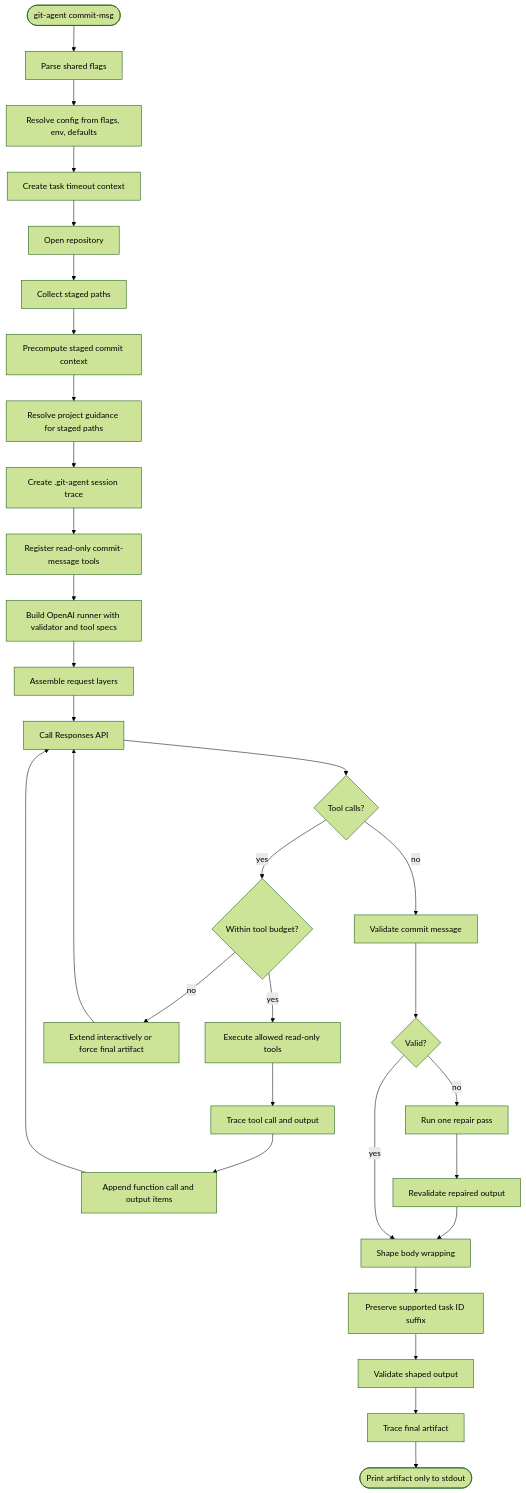
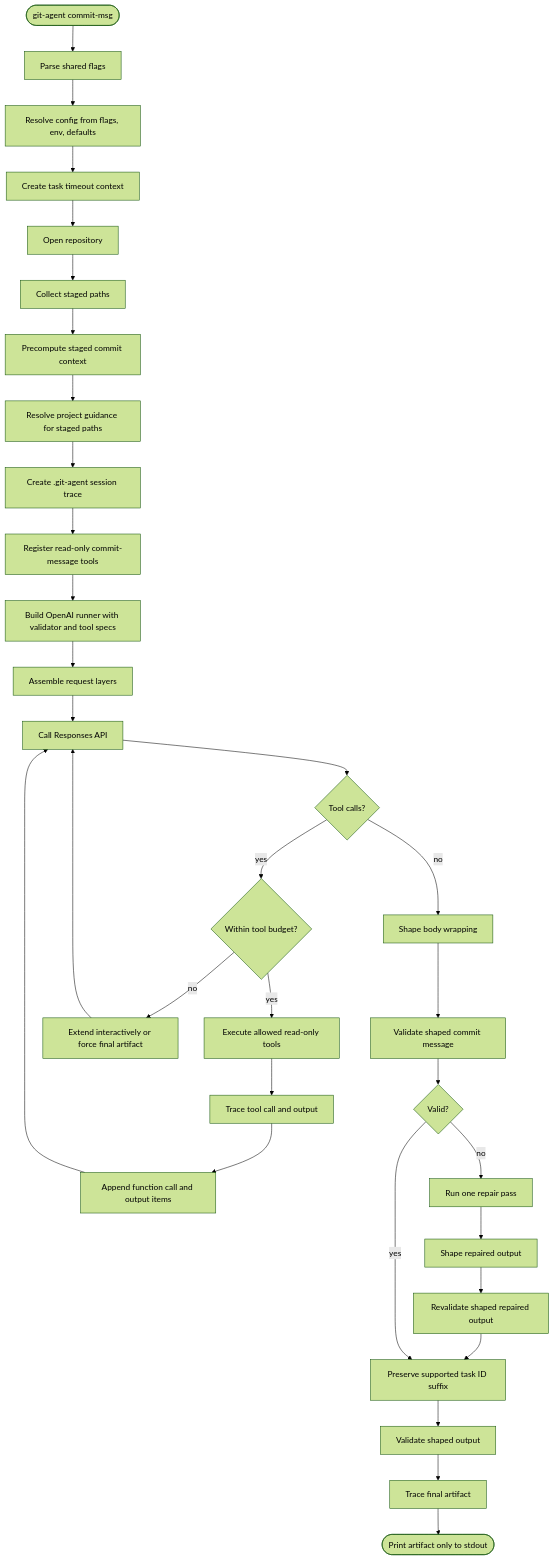
Before and after one commit to yusing/git-agent: the first of 5 diagrams in docs/spec.md, drawn with Mermaid (forest theme). The commit also changed other lines of this file and 8 other files, not shown here.

````diff
--- a/docs/spec.md
+++ b/docs/spec.md
@@ -322,33 +322,34 @@
 ```mermaid
 flowchart TD
     Start([git-agent commit-msg]) --> Parse[Parse shared flags]
     Parse --> Resolve[Resolve config from flags, env, defaults]
     Resolve --> Timeout[Create task timeout context]
     Timeout --> OpenRepo[Open repository]
     OpenRepo --> StagedPaths[Collect staged paths]
     StagedPaths --> Prepare[Precompute staged commit context]
     Prepare --> Guidance[Resolve project guidance for staged paths]
     Guidance --> Trace[Create .git-agent session trace]
     Trace --> Registry[Register read-only commit-message tools]
     Registry --> Runner[Build OpenAI runner with validator and tool specs]
     Runner --> Request[Assemble request layers]
     Request --> Model[Call Responses API]
     Model --> ToolDecision{Tool calls?}
     ToolDecision -- yes --> ToolBudget{Within tool budget?}
     ToolBudget -- yes --> ExecuteTools[Execute allowed read-only tools]
     ExecuteTools --> RecordTools[Trace tool call and output]
     RecordTools --> Continue[Append function call and output items]
     Continue --> Model
     ToolBudget -- no --> Budget[Extend interactively or force final artifact]
     Budget --> Model
-    ToolDecision -- no --> Validate[Validate commit message]
+    ToolDecision -- no --> Shape[Shape body wrapping]
+    Shape --> Validate[Validate shaped commit message]
     Validate --> Valid{Valid?}
     Valid -- no --> Repair[Run one repair pass]
-    Repair --> Revalidate[Revalidate repaired output]
-    Revalidate --> Shape[Shape body wrapping]
-    Valid -- yes --> Shape
-    Shape --> Preserve[Preserve supported task ID suffix]
+    Repair --> Reshape[Shape repaired output]
+    Reshape --> Revalidate[Revalidate shaped repaired output]
+    Revalidate --> Preserve
+    Valid -- yes --> Preserve[Preserve supported task ID suffix]
     Preserve --> FinalValidate[Validate shaped output]
     FinalValidate --> FinalTrace[Trace final artifact]
     FinalTrace --> Stdout([Print artifact only to stdout])
 ```
````
